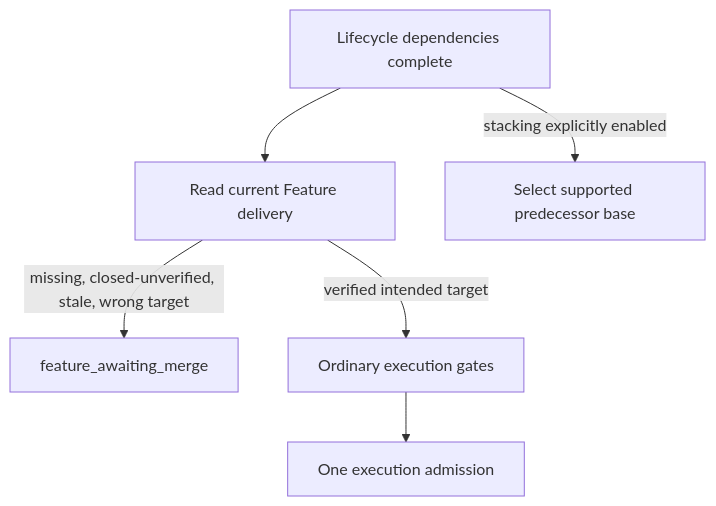
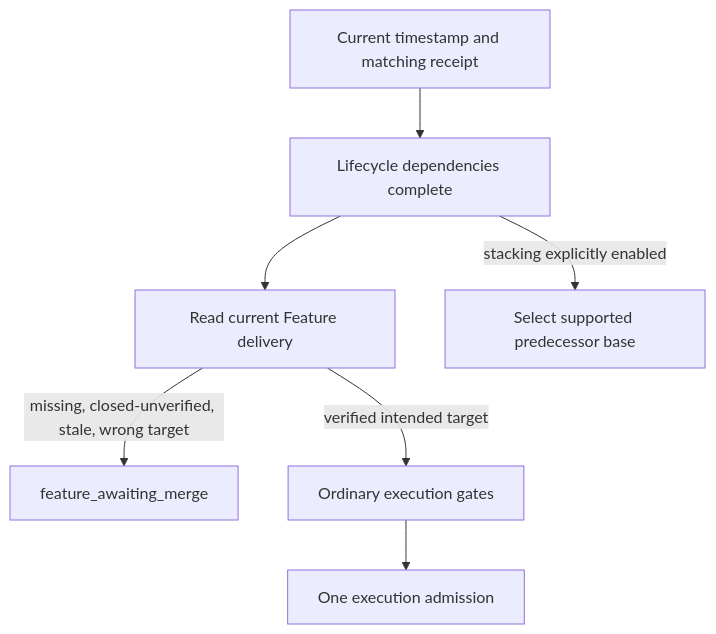
The first of 4 diagrams in cascade/watchdog/DESIGN.md (vincentc-b/CascadeCode), drawn with Mermaid before and after one commit. The commit also changed other lines of this file and 11 other files, not shown here.

First line of the commit message:
task/task_056_001_003: Verify execution gates and reconcile architecture

````diff
--- a/cascade/watchdog/DESIGN.md
+++ b/cascade/watchdog/DESIGN.md
@@ -90,8 +98,9 @@
 ```mermaid
 flowchart TD
-    Ready[Lifecycle dependencies complete] --> Delivery[Read current Feature delivery]
+    Approval[Current timestamp and matching receipt] --> Ready[Lifecycle dependencies complete]
+    Ready --> Delivery[Read current Feature delivery]
     Delivery -->|missing, closed-unverified, stale, wrong target| Wait[feature_awaiting_merge]
     Delivery -->|verified intended target| Gates[Ordinary execution gates]
     Ready -->|stacking explicitly enabled| Stack[Select supported predecessor base]
     Gates --> Start[One execution admission]
 ```
````
